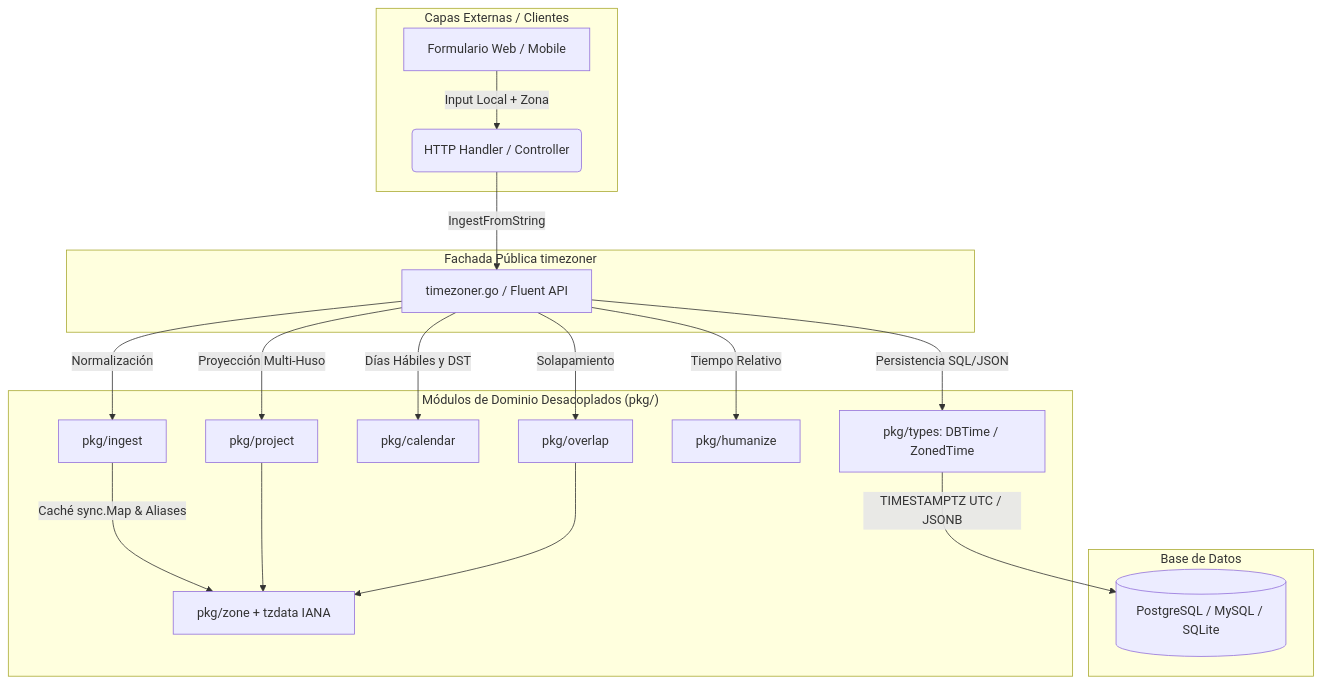
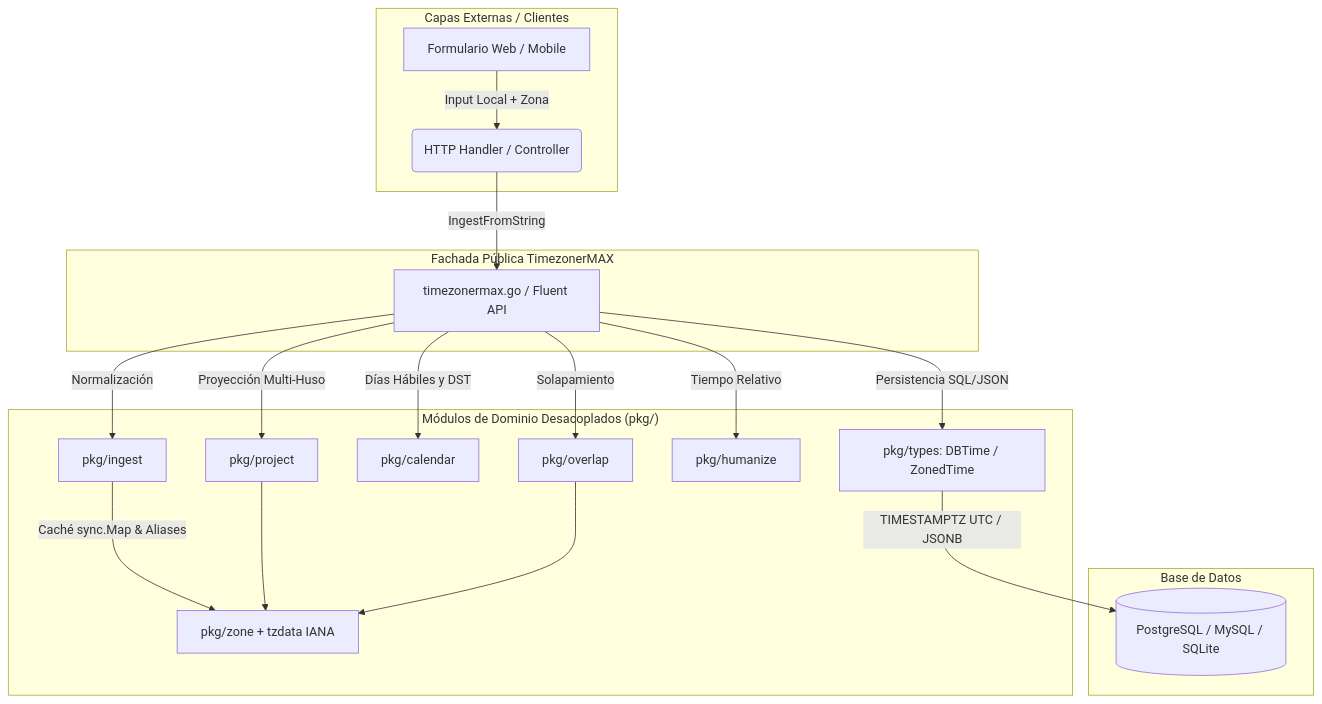
One commit to Jhonatan-Code-dev/timezoner changed the diagram in README.md. Above: the diagram before and after it, drawn with Mermaid. The commit also changed other lines of this file and 25 other files, not shown here.

Commit message:
feat: rebrand to TimezonerMAX (github.com/Jhonatan-Code-dev/timezonermax)

````diff
--- a/README.md
+++ b/README.md
@@ -58,26 +58,26 @@
 ```mermaid
 flowchart TD
     subgraph Frontend ["Capas Externas / Clientes"]
         A[Formulario Web / Mobile] -->|Input Local + Zona| B(HTTP Handler / Controller)
     end
 
-    subgraph Facade ["Fachada Pública timezoner"]
-        B -->|IngestFromString| C[timezoner.go / Fluent API]
+    subgraph Facade ["Fachada Pública TimezonerMAX"]
+        B -->|IngestFromString| C[timezonermax.go / Fluent API]
     end
 
     subgraph Domain ["Módulos de Dominio Desacoplados (pkg/)"]
         C -->|Normalización| D[pkg/ingest]
         C -->|Persistencia SQL/JSON| E[pkg/types: DBTime / ZonedTime]
         C -->|Días Hábiles y DST| F[pkg/calendar]
         C -->|Proyección Multi-Huso| G[pkg/project]
         C -->|Tiempo Relativo| H[pkg/humanize]
         C -->|Solapamiento| I[pkg/overlap]
         D -->|Caché sync.Map & Aliases| J[pkg/zone + tzdata IANA]
         G --> J
         I --> J
     end
 
     subgraph Database ["Base de Datos"]
         E -->|TIMESTAMPTZ UTC / JSONB| K[(PostgreSQL / MySQL / SQLite)]
     end
 ```
````
